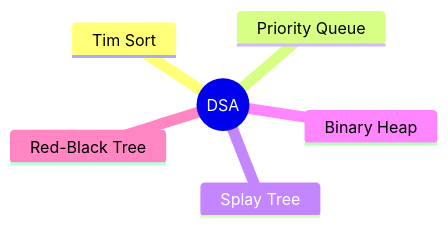
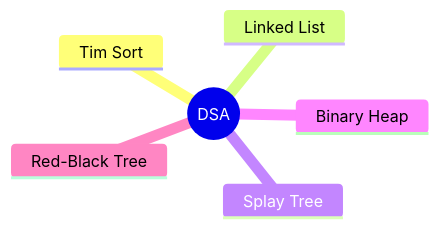
One commit to SP24-212/Edstem-Tracker changed the diagram in docs/dsa.md. Above: the diagram before and after it, drawn with Mermaid. The commit also changed other lines of this file and 4 other files, not shown here.

````diff
--- a/docs/dsa.md
+++ b/docs/dsa.md
@@ -7,9 +7,9 @@
 ```mermaid
 mindmap
   root((DSA))
     Tim Sort
-    Priority Queue
+    Linked List
     Splay Tree
     Binary Heap 
     Red-Black Tree
 ```
````
